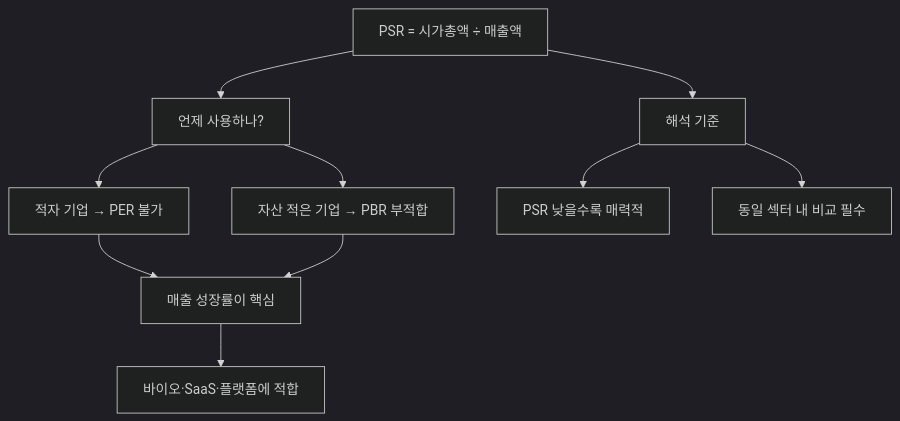
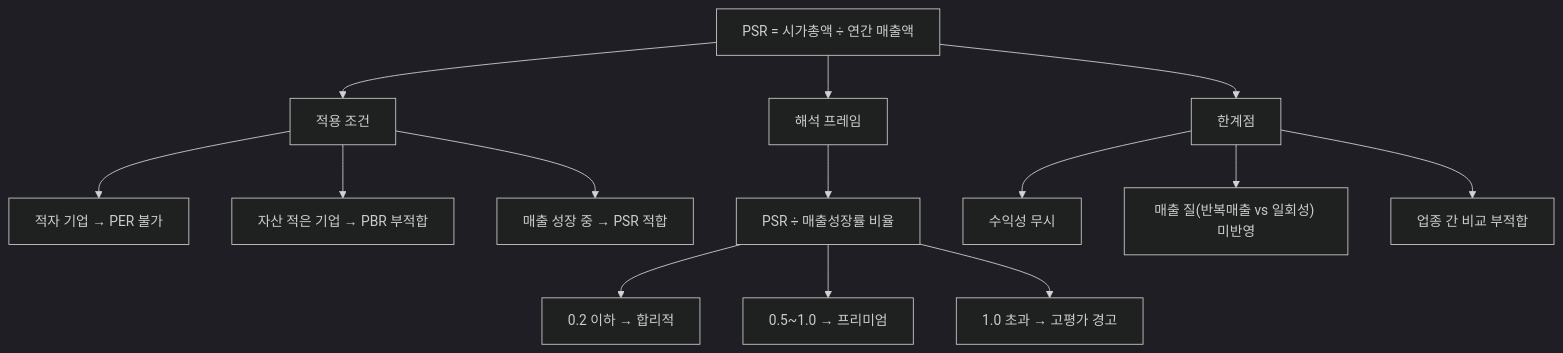
One commit to yeongseon/stock-visual-note changed the diagram in content/stock-terms/ko/level-05-valuation/psr.md. Above: the diagram before and after it, drawn with Mermaid (dark theme). The commit also changed other lines of this file, not shown here.

Commit message:
content: rewrite psr.md — 클라우드넷 시나리오, 13노드 Mermaid, PSR÷성장률 프레임 추가

````diff
--- a/content/stock-terms/ko/level-05-valuation/psr.md
+++ b/content/stock-terms/ko/level-05-valuation/psr.md
@@ -39,13 +45,17 @@
 ```mermaid
 graph TD
-    A["PSR = 시가총액 ÷ 매출액"]
-    A --> B["언제 사용하나?"]
-    A --> C["해석 기준"]
+    A["PSR = 시가총액 ÷ 연간 매출액"]
+    A --> B["적용 조건"]
+    A --> C["해석 프레임"]
+    A --> D["한계점"]
     B --> B1["적자 기업 → PER 불가"]
     B --> B2["자산 적은 기업 → PBR 부적합"]
-    B1 --> D["매출 성장률이 핵심"]
-    B2 --> D
-    C --> C1["PSR 낮을수록 매력적"]
-    C --> C2["동일 섹터 내 비교 필수"]
-    D --> E["바이오·SaaS·플랫폼에 적합"]
+    B --> B3["매출 성장 중 → PSR 적합"]
+    C --> C1["PSR ÷ 매출성장률 비율"]
+    C1 --> C2["0.2 이하 → 합리적"]
+    C1 --> C3["0.5~1.0 → 프리미엄"]
+    C1 --> C4["1.0 초과 → 고평가 경고"]
+    D --> D1["수익성 무시"]
+    D --> D2["매출 질(반복매출 vs 일회성) 미반영"]
+    D --> D3["업종 간 비교 부적합"]
 ```
````
